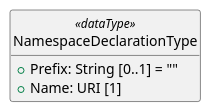
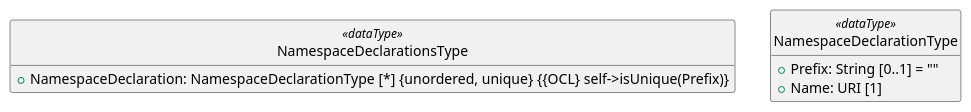
The first of 6 diagrams in acal-xpath-v1.0.md (oasis-tcs/xacml-spec), drawn with PlantUML before and after one commit. The commit also changed other lines of this file and 13 other files, not shown here.

````diff
--- a/acal-xpath-v1.0.md
+++ b/acal-xpath-v1.0.md
@@ -426,10 +428,13 @@
 ```plantuml
 @startuml
 hide empty members 
 hide circle
+class NamespaceDeclarationsType <<dataType>> {
+  {field} + NamespaceDeclaration: NamespaceDeclarationType [*] {unordered, unique} {{OCL} self->isUnique(Prefix)}
+}
 class NamespaceDeclarationType <<dataType>> {
   + Prefix: String [0..1] = ""
   + Name: URI [1] 
 }
 @enduml
 ```
````
